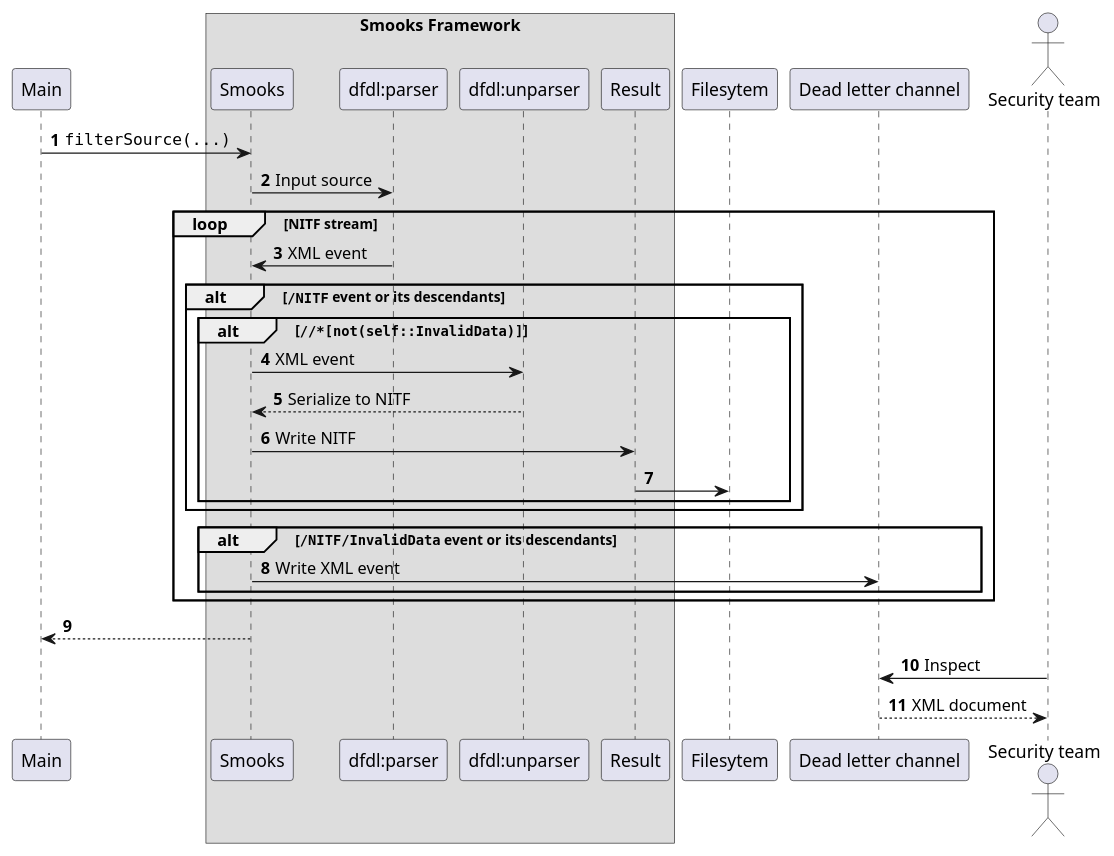
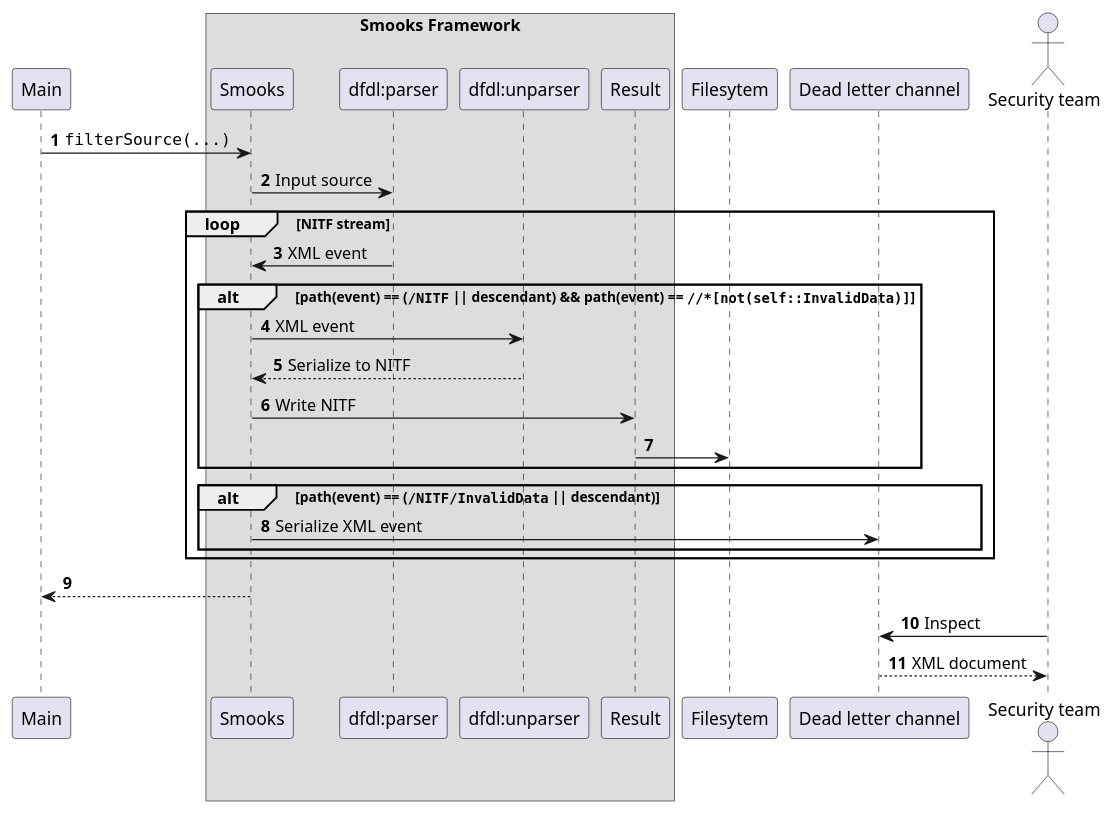
Before and after one commit to smooks/smooks-examples: the diagram in cross-domain-solution/docs/cross-domain-solution.puml, drawn with PlantUML. The commit also changed 67 other files, not shown here.

```diff
--- a/cross-domain-solution/docs/cross-domain-solution.puml
+++ b/cross-domain-solution/docs/cross-domain-solution.puml
@@ -1,31 +1,29 @@
 @startuml
 participant Main
 box Smooks Framework
 participant Smooks
 participant "dfdl:parser"
 participant "dfdl:unparser"
 participant Result
 end box
 actor "Security team" order 1
 autonumber
 
 Main -> Smooks : ""filterSource(...)""
 Smooks -> "dfdl:parser": Input source
 loop NITF stream
     Smooks <- "dfdl:parser": XML event
-    alt ""/NITF"" event or its descendants
-        alt ""//*[not(self::InvalidData)]""
-            Smooks -> "dfdl:unparser": XML event
-            "dfdl:unparser" --> Smooks: Serialize to NITF
-            Smooks -> Result: Write NITF
-            Result -> Filesytem
-        end
+    alt path(event) == (""/NITF"" || descendant) && path(event) == ""//*[not(self::InvalidData)]""
+        Smooks -> "dfdl:unparser": XML event
+        "dfdl:unparser" --> Smooks: Serialize to NITF
+        Smooks -> Result: Write NITF
+        Result -> Filesytem
     end
-    alt ""/NITF/InvalidData"" event or its descendants
-        Smooks -> "Dead letter channel": Write XML event
+    alt path(event) == (""/NITF/InvalidData"" || descendant)
+        Smooks -> "Dead letter channel": Serialize XML event
     end
 end
 Smooks --> Main
 "Security team" -> "Dead letter channel": Inspect
 "Security team" <-- "Dead letter channel": XML document
 @enduml
```
